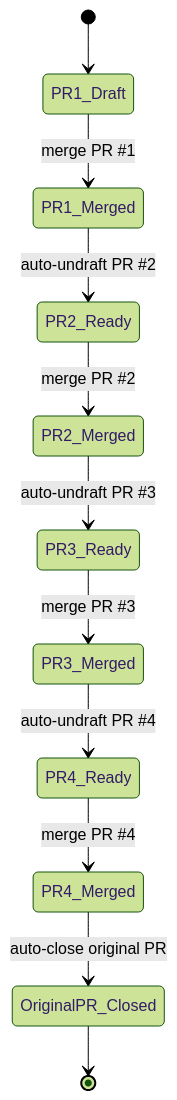
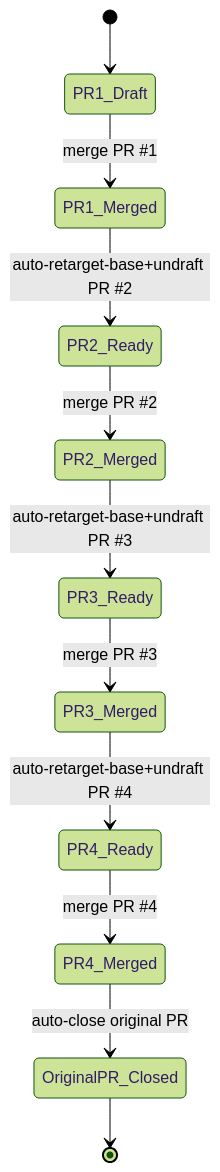
One commit to kMJT000/prsplit changed the second of 2 diagrams in README.md. Above: the diagram before and after it, drawn with Mermaid (forest theme). The commit also changed other lines of this file and 3 other files, not shown here.

````diff
--- a/README.md
+++ b/README.md
@@ -165,13 +165,13 @@
 ```mermaid
 stateDiagram-v2
   [*] --> PR1_Draft
   PR1_Draft --> PR1_Merged: merge PR #1
-  PR1_Merged --> PR2_Ready: auto-undraft PR #2
+  PR1_Merged --> PR2_Ready: auto-retarget-base+undraft PR #2
   PR2_Ready --> PR2_Merged: merge PR #2
-  PR2_Merged --> PR3_Ready: auto-undraft PR #3
+  PR2_Merged --> PR3_Ready: auto-retarget-base+undraft PR #3
   PR3_Ready --> PR3_Merged: merge PR #3
-  PR3_Merged --> PR4_Ready: auto-undraft PR #4
+  PR3_Merged --> PR4_Ready: auto-retarget-base+undraft PR #4
   PR4_Ready --> PR4_Merged: merge PR #4
   PR4_Merged --> OriginalPR_Closed: auto-close original PR
   OriginalPR_Closed --> [*]
 ```
````
